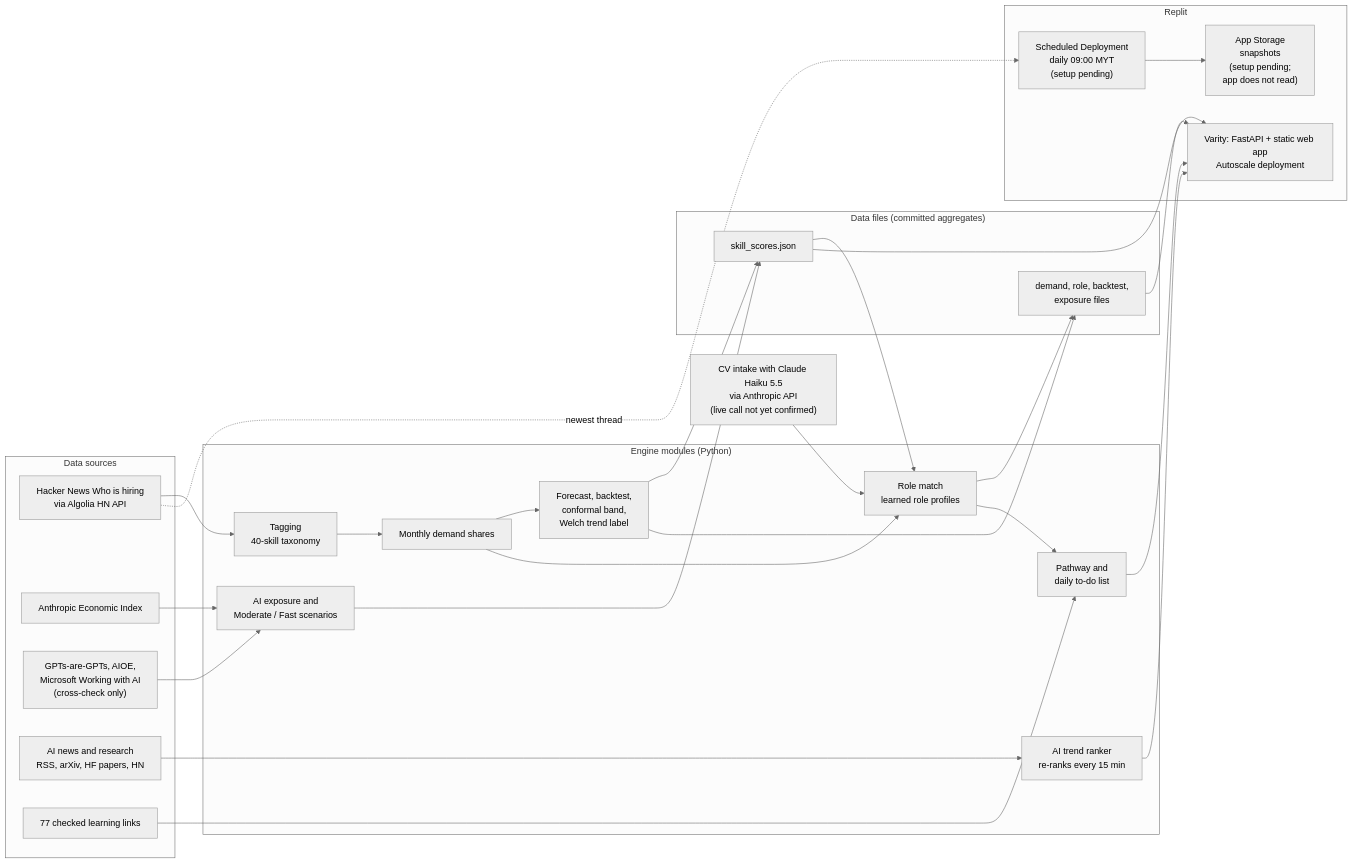
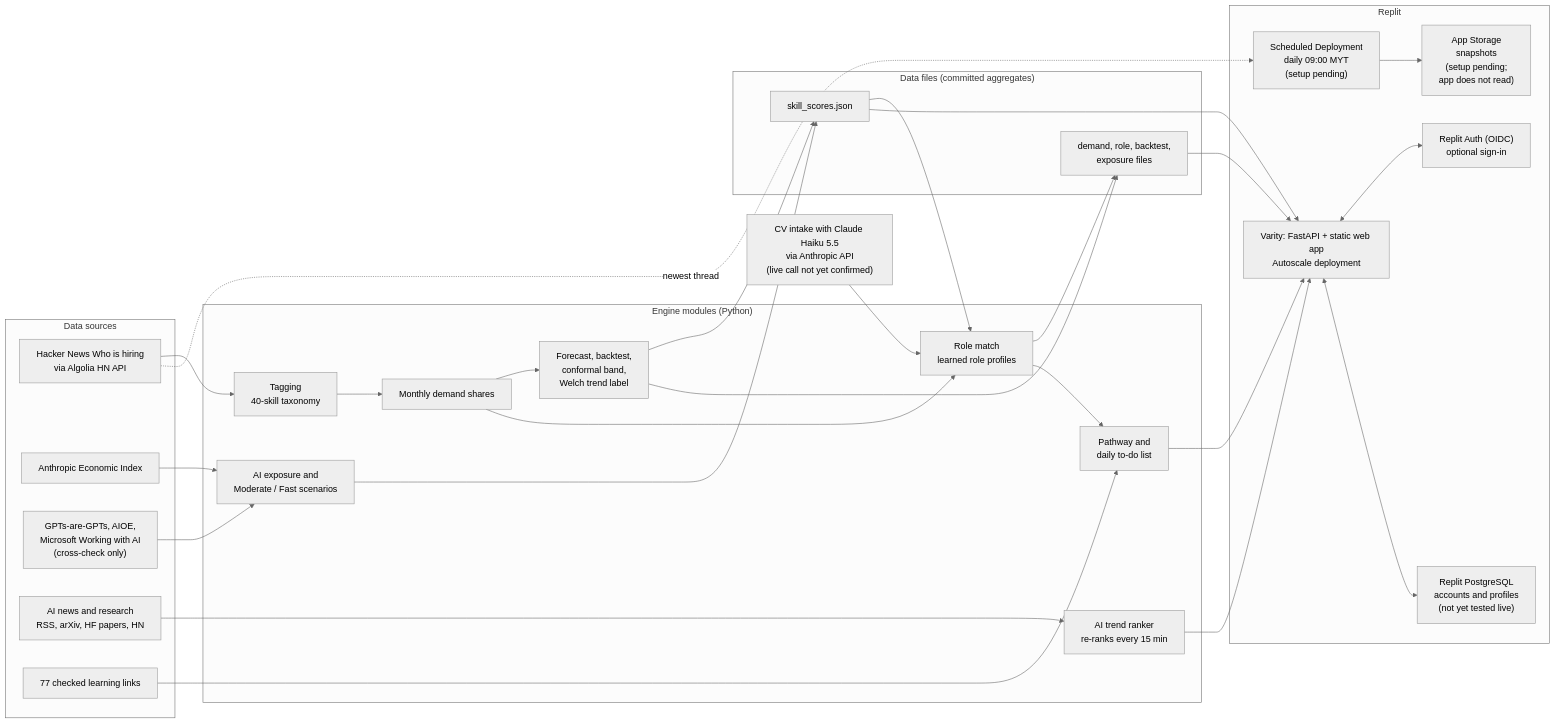
Before and after one commit to TayEeZhan/varity: the diagram in docs/submission/preliminary-proposal.md, drawn with Mermaid (neutral theme). The commit also changed other lines of this file and 5 other files, not shown here.

Commit message:
docs: optional Replit sign-in, stored personal data and PDPA

````diff
--- a/docs/submission/preliminary-proposal.md
+++ b/docs/submission/preliminary-proposal.md
@@ -71,42 +72,46 @@
 ```mermaid
 flowchart LR
   subgraph SRC["Data sources"]
     HN["Hacker News Who is hiring<br/>via Algolia HN API"]
     AEI["Anthropic Economic Index"]
     XCHK["GPTs-are-GPTs, AIOE,<br/>Microsoft Working with AI<br/>(cross-check only)"]
     NEWS["AI news and research<br/>RSS, arXiv, HF papers, HN"]
     RES["77 checked learning links"]
   end
   subgraph ENG["Engine modules (Python)"]
     TAG["Tagging<br/>40-skill taxonomy"]
     DEM["Monthly demand shares"]
     FC["Forecast, backtest,<br/>conformal band,<br/>Welch trend label"]
     EXP["AI exposure and<br/>Moderate / Fast scenarios"]
     ROLE["Role match<br/>learned role profiles"]
     PATH["Pathway and<br/>daily to-do list"]
     RANK["AI trend ranker<br/>re-ranks every 15 min"]
   end
   subgraph FILES["Data files (committed aggregates)"]
     SCORES["skill_scores.json"]
     OTHER["demand, role, backtest,<br/>exposure files"]
   end
   subgraph REPLIT["Replit"]
     APP["Varity: FastAPI + static web app<br/>Autoscale deployment"]
+    AUTH["Replit Auth (OIDC)<br/>optional sign-in"]
+    DB["Replit PostgreSQL<br/>accounts and profiles<br/>(not yet tested live)"]
     STORE["App Storage<br/>snapshots<br/>(setup pending;<br/>app does not read)"]
     JOB["Scheduled Deployment<br/>daily 09:00 MYT<br/>(setup pending)"]
   end
   HN --> TAG --> DEM --> FC --> SCORES
   AEI --> EXP --> SCORES
   XCHK --> EXP
   DEM --> ROLE --> OTHER
   FC --> OTHER
   NEWS --> RANK --> APP
   RES --> PATH
   SCORES --> ROLE --> PATH
   SCORES --> APP
   OTHER --> APP
   PATH --> APP
   JOB --> STORE
+  APP <--> AUTH
+  APP <--> DB
   HN -. "newest thread" .-> JOB
   CV["CV intake with Claude Haiku 5.5<br/>via Anthropic API<br/>(live call not yet confirmed)"] --> ROLE
 ```
````
